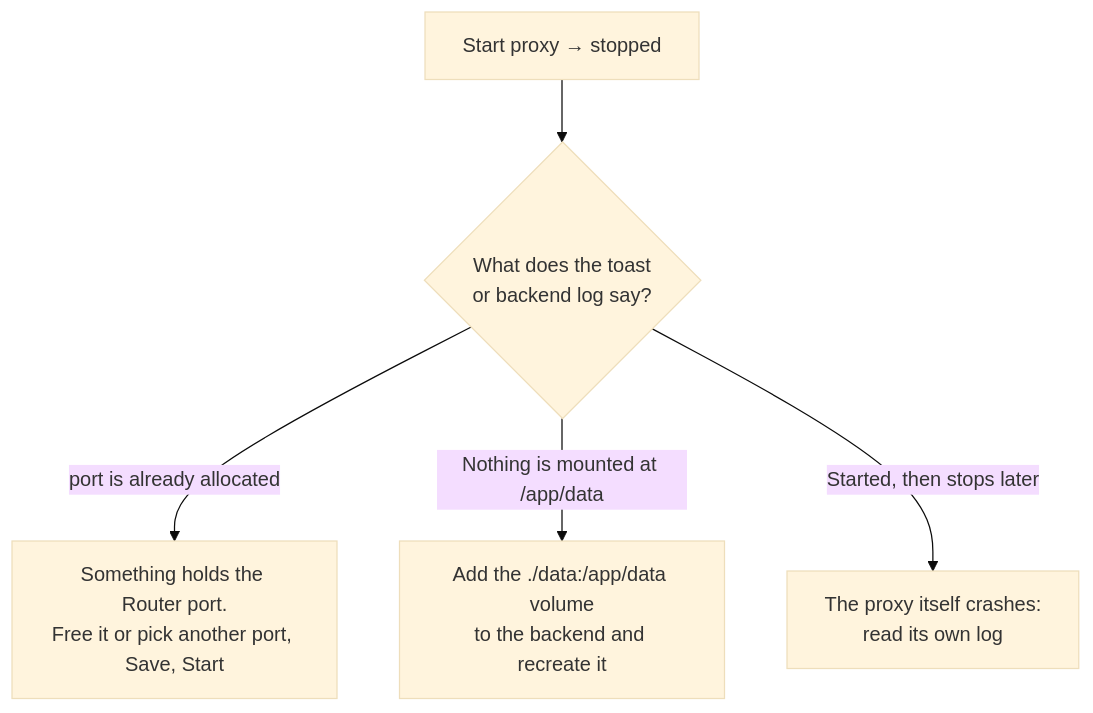
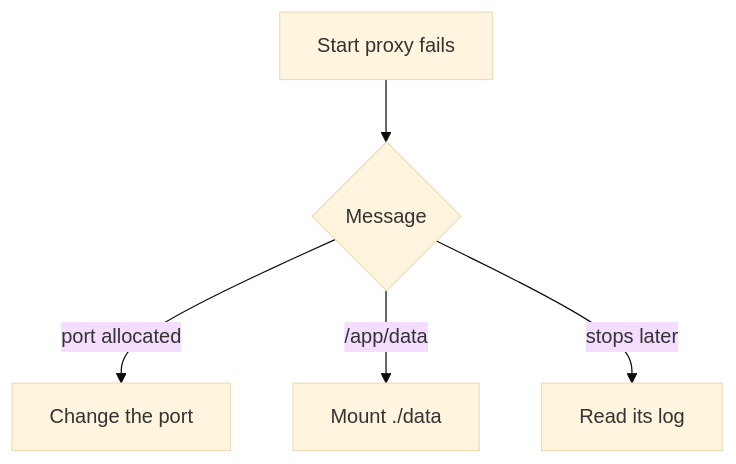
Before and after one commit to Ketbome/minepanel: the diagram in doc/troubleshooting.md, drawn with Mermaid (base theme).

Commit message:
docs(troubleshooting): shorter labels so the proxy diagram does not clip

````diff
--- a/doc/troubleshooting.md
+++ b/doc/troubleshooting.md
@@ -527,7 +527,7 @@
 ```mermaid
 flowchart TD
-    A["Start proxy → stopped"] --> B{"What does the toast<br/>or backend log say?"}
-    B -->|"port is already allocated"| C["Something holds the Router port.<br/>Free it or pick another port, Save, Start"]
-    B -->|"Nothing is mounted at /app/data"| D["Add the ./data:/app/data volume<br/>to the backend and recreate it"]
-    B -->|"Started, then stops later"| E["The proxy itself crashes:<br/>read its own log"]
+    A["Start proxy fails"] --> B{"Message"}
+    B -->|"port allocated"| C["Change the port"]
+    B -->|"/app/data"| D["Mount ./data"]
+    B -->|"stops later"| E["Read its log"]
 ```
````
